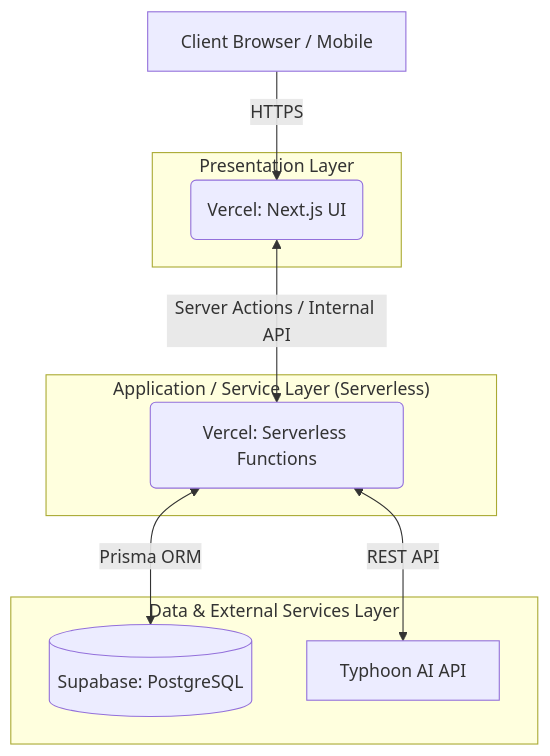
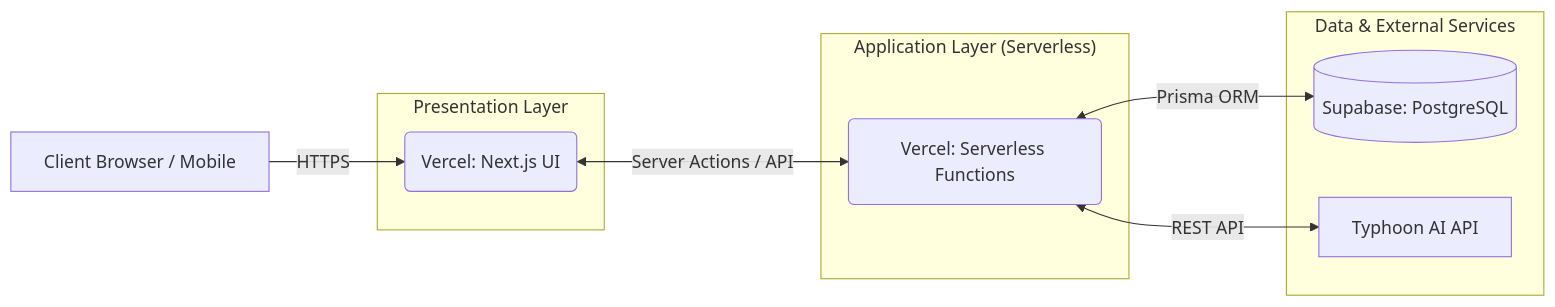
The first of 2 diagrams in README.md (Natakorn-khawyai/Event-Feedback-Intelligence), drawn with Mermaid before and after one commit.

Commit message:
Improve architecture diagram layout

````diff
--- a/README.md
+++ b/README.md
@@ -18,21 +18,22 @@
 ```mermaid
-graph TD
-    Client[Client Browser / Mobile] -->|HTTPS| Frontend(Vercel: Next.js UI)
-    Frontend <-->|Server Actions / Internal API| Backend(Vercel: Serverless Functions)
-    
-    Backend <-->|Prisma ORM| Supabase[(Supabase: PostgreSQL)]
-    Backend <-->|REST API| Typhoon[Typhoon AI API]
-    
+graph LR
+    Client[Client Browser / Mobile]
+
     subgraph "Presentation Layer"
-    Frontend
+        Frontend(Vercel: Next.js UI)
     end
     
-    subgraph "Application / Service Layer (Serverless)"
-    Backend
+    subgraph "Application Layer (Serverless)"
+        Backend(Vercel: Serverless Functions)
     end
     
-    subgraph "Data & External Services Layer"
-    Supabase
-    Typhoon
+    subgraph "Data & External Services"
+        Supabase[(Supabase: PostgreSQL)]
+        Typhoon[Typhoon AI API]
     end
+
+    Client -->|HTTPS| Frontend
+    Frontend <-->|Server Actions / API| Backend
+    Backend <-->|Prisma ORM| Supabase
+    Backend <-->|REST API| Typhoon
 ```
````
